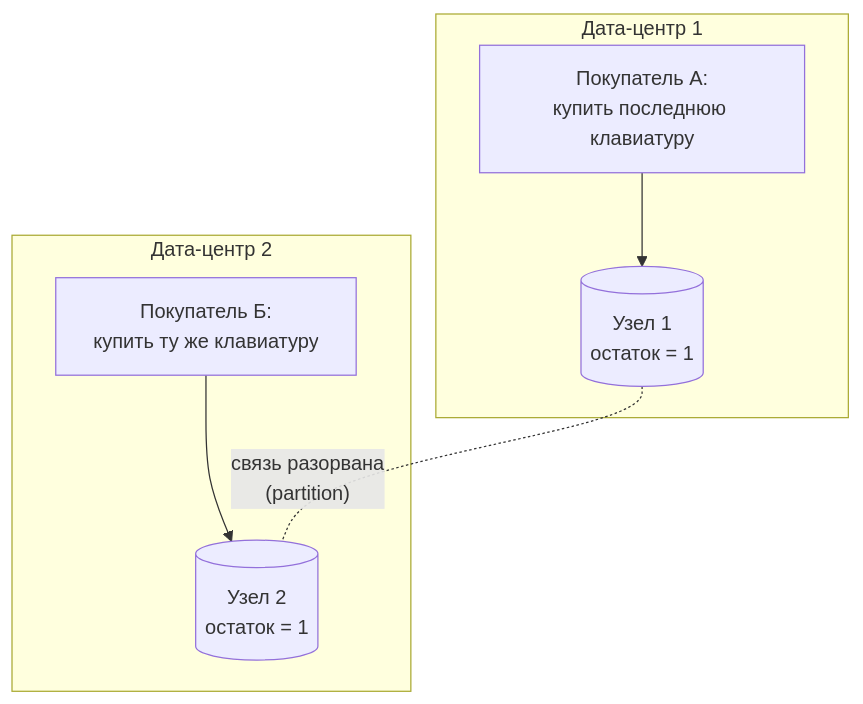
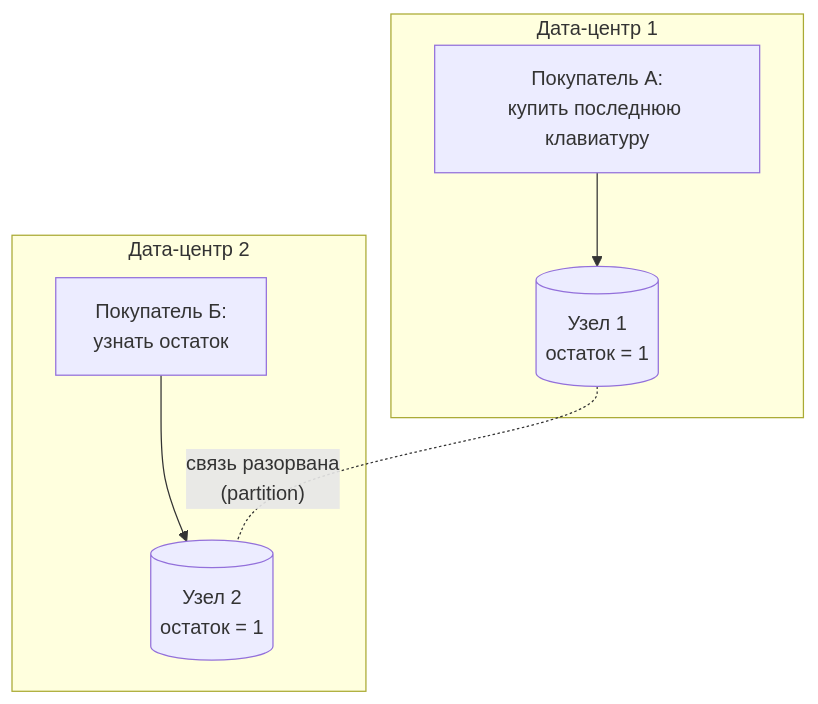
Before and after one commit to Kert0n/KPO: the second of 5 diagrams in content/lectures/Lec9/vitepress.md, drawn with Mermaid. The commit also changed other lines of this file, not shown here.

````diff
--- a/content/lectures/Lec9/vitepress.md
+++ b/content/lectures/Lec9/vitepress.md
@@ -191,10 +82,10 @@
 ```mermaid
 flowchart TD
     subgraph DC1["Дата-центр 1"]
-        U1["Покупатель А:\nкупить последнюю клавиатуру"] --> N1[("Узел 1\nостаток = 1")]
+        U1["Покупатель А:<br/>купить последнюю клавиатуру"] --> N1[("Узел 1<br/>остаток = 1")]
     end
     subgraph DC2["Дата-центр 2"]
-        U2["Покупатель Б:\nкупить ту же клавиатуру"] --> N2[("Узел 2\nостаток = 1")]
+        U2["Покупатель Б:<br/>узнать остаток"] --> N2[("Узел 2<br/>остаток = 1")]
     end
-    N1 -. "связь разорвана\n(partition)" .- N2
+    N1 -. "связь разорвана<br/>(partition)" .- N2
 ```
````
